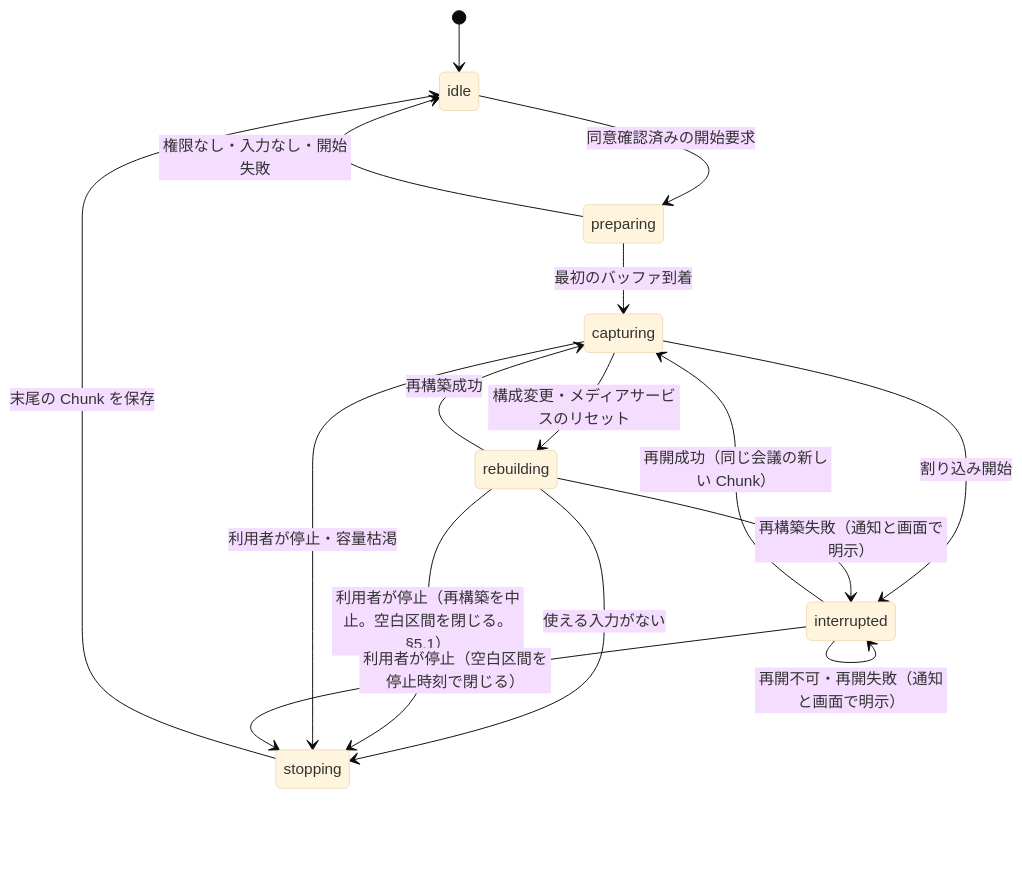
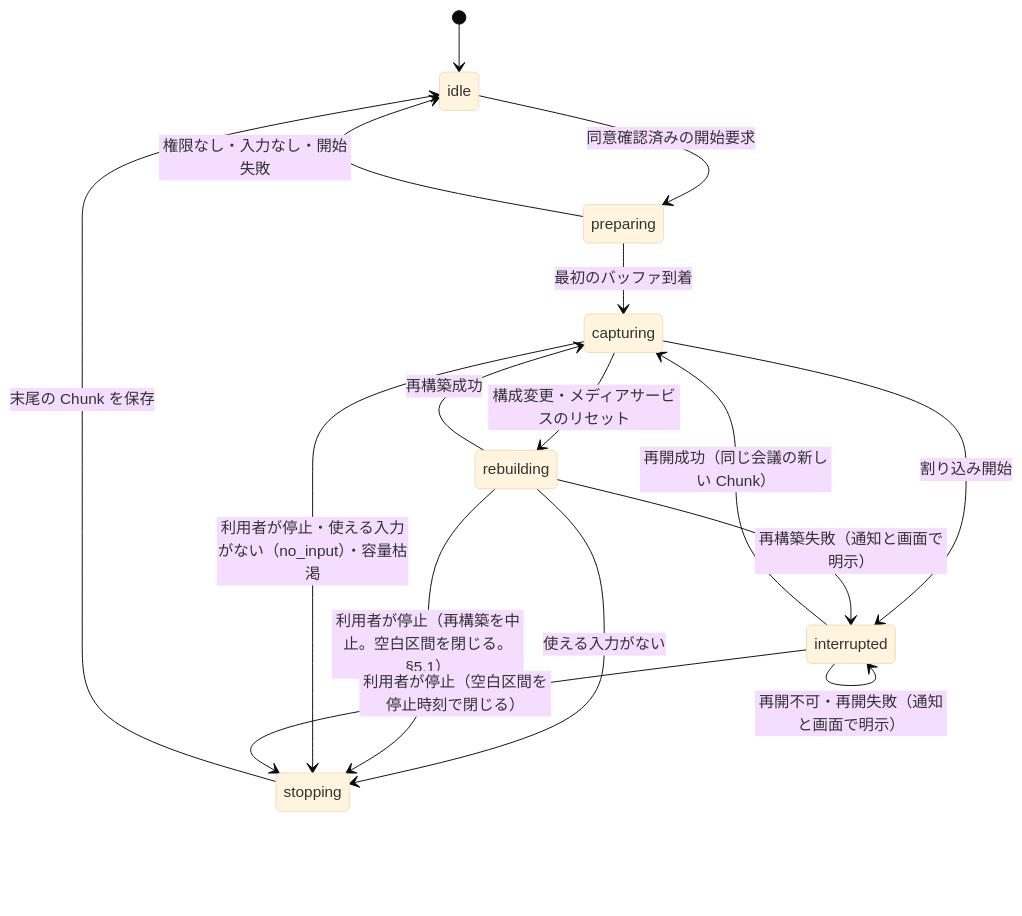
Before and after one commit to myoshi2891/Minutes-Mobile: the second of 2 diagrams in docs/02-basic-design/recording.md, drawn with Mermaid (base theme). The commit also changed 1 other file, not shown here.

Commit message:
docs(design): no_input 遷移および一部救済スナップショット・未検証Chunk書き出し仕様を反映

````diff
--- a/docs/02-basic-design/recording.md
+++ b/docs/02-basic-design/recording.md
@@ -111,18 +111,18 @@
 ```mermaid
 stateDiagram-v2
     [*] --> idle
     idle --> preparing: 同意確認済みの開始要求
     preparing --> capturing: 最初のバッファ到着
     preparing --> idle: 権限なし・入力なし・開始失敗
     capturing --> interrupted: 割り込み開始
     interrupted --> capturing: 再開成功（同じ会議の新しい Chunk）
     interrupted --> interrupted: 再開不可・再開失敗（通知と画面で明示）
     capturing --> rebuilding: 構成変更・メディアサービスのリセット
     rebuilding --> capturing: 再構築成功
     rebuilding --> interrupted: 再構築失敗（通知と画面で明示）
     rebuilding --> stopping: 使える入力がない
     rebuilding --> stopping: 利用者が停止（再構築を中止。空白区間を閉じる。§5.1）
-    capturing --> stopping: 利用者が停止・容量枯渇
+    capturing --> stopping: 利用者が停止・使える入力がない（no_input）・容量枯渇
     interrupted --> stopping: 利用者が停止（空白区間を停止時刻で閉じる）
     stopping --> idle: 末尾の Chunk を保存
 ```
````
